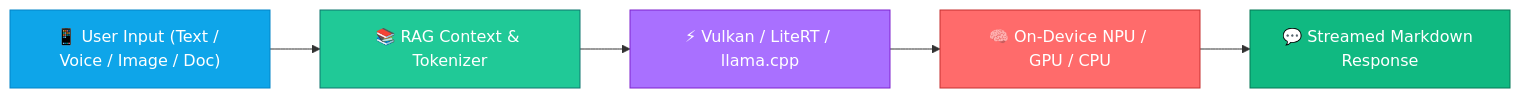
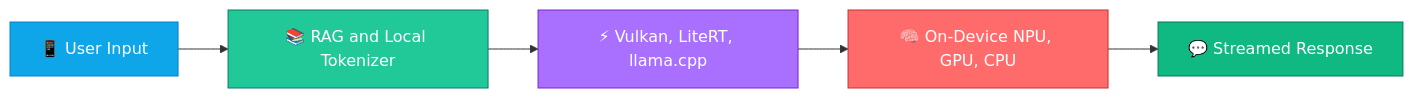
Before and after one commit to ShounakPatra/Solus: the diagram in README.md, drawn with Mermaid. The commit also changed other lines of this file and 2 other files, not shown here.

Commit message:
docs: update download SVG badge to v2.0.0, fix Mermaid flowchart syntax, and add cache busters

````diff
--- a/README.md
+++ b/README.md
@@ -221,13 +221,13 @@
 ```mermaid
 flowchart LR
-    A["📱 User Input (Text / Voice / Image / Doc)"] --> B["📚 RAG Context & Tokenizer"]
-    B --> C["⚡ Vulkan / LiteRT / llama.cpp"]
-    C --> D["🧠 On-Device NPU / GPU / CPU"]
-    D --> E["💬 Streamed Markdown Response"]
+    A["📱 User Input"] --> B["📚 RAG and Local Tokenizer"]
+    B --> C["⚡ Vulkan, LiteRT, llama.cpp"]
+    C --> D["🧠 On-Device NPU, GPU, CPU"]
+    D --> E["💬 Streamed Response"]
 
-    style A fill:#0EA5E9,stroke:#0284C7,color:#fff
-    style B fill:#20C997,stroke:#0F766E,color:#fff
-    style C fill:#A970FF,stroke:#7E22CE,color:#fff
-    style D fill:#FF6B6B,stroke:#C53030,color:#fff
-    style E fill:#10B981,stroke:#047857,color:#fff
+    style A fill:#0EA5E9,stroke:#0284C7,color:#ffffff
+    style B fill:#20C997,stroke:#0F766E,color:#ffffff
+    style C fill:#A970FF,stroke:#7E22CE,color:#ffffff
+    style D fill:#FF6B6B,stroke:#C53030,color:#ffffff
+    style E fill:#10B981,stroke:#047857,color:#ffffff
 ```
````
